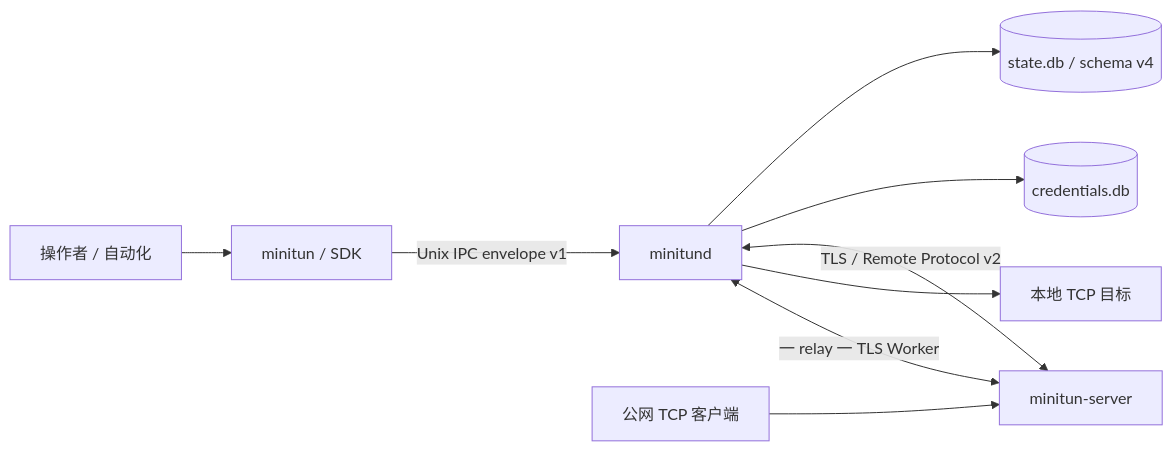
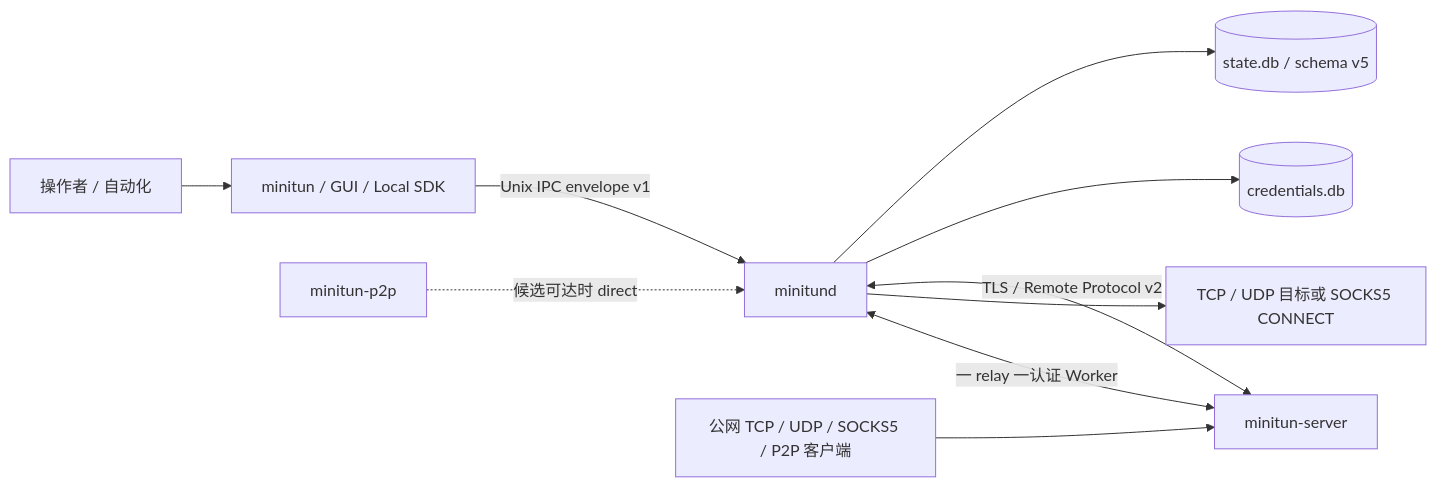
Before and after one commit to Albert-Li-Sz/MiniTUN: the diagram in docs/architecture.md, drawn with Mermaid. The commit also changed other lines of this file and 90 other files, not shown here.

Commit message:
feat: add extended transports gui and remote sdk

````diff
--- a/docs/architecture.md
+++ b/docs/architecture.md
@@ -10,11 +14,12 @@
 ```mermaid
 flowchart LR
-    operator["操作者 / 自动化"] --> cli["minitun / SDK"]
-    cli -->|"Unix IPC envelope v1"| daemon["minitund"]
-    daemon --> state[("state.db / schema v4")]
+    operator["操作者 / 自动化"] --> control["minitun / GUI / Local SDK"]
+    control -->|"Unix IPC envelope v1"| daemon["minitund"]
+    daemon --> state[("state.db / schema v5")]
     daemon --> secrets[("credentials.db")]
     daemon <-->|"TLS / Remote Protocol v2"| server["minitun-server"]
-    public["公网 TCP 客户端"] --> server
-    server <-->|"一 relay 一 TLS Worker"| daemon
-    daemon --> local["本地 TCP 目标"]
+    public["公网 TCP / UDP / SOCKS5 / P2P 客户端"] --> server
+    server <-->|"一 relay 一认证 Worker"| daemon
+    daemon --> local["TCP / UDP 目标或 SOCKS5 CONNECT"]
+    p2p["minitun-p2p"] -.->|"候选可达时 direct"| daemon
 ```
````
